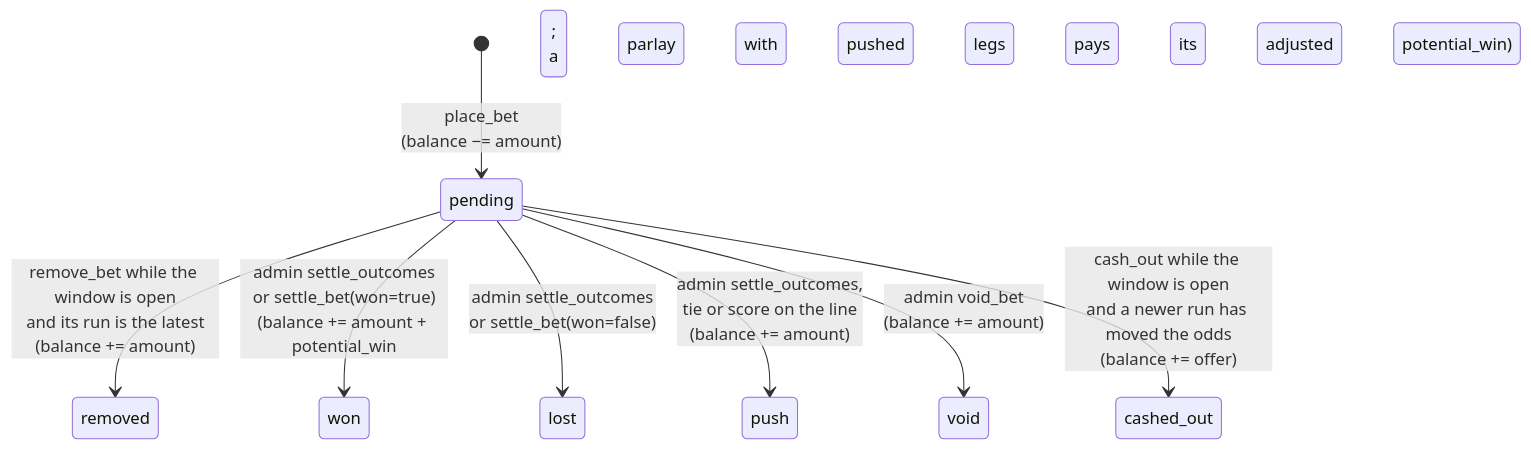
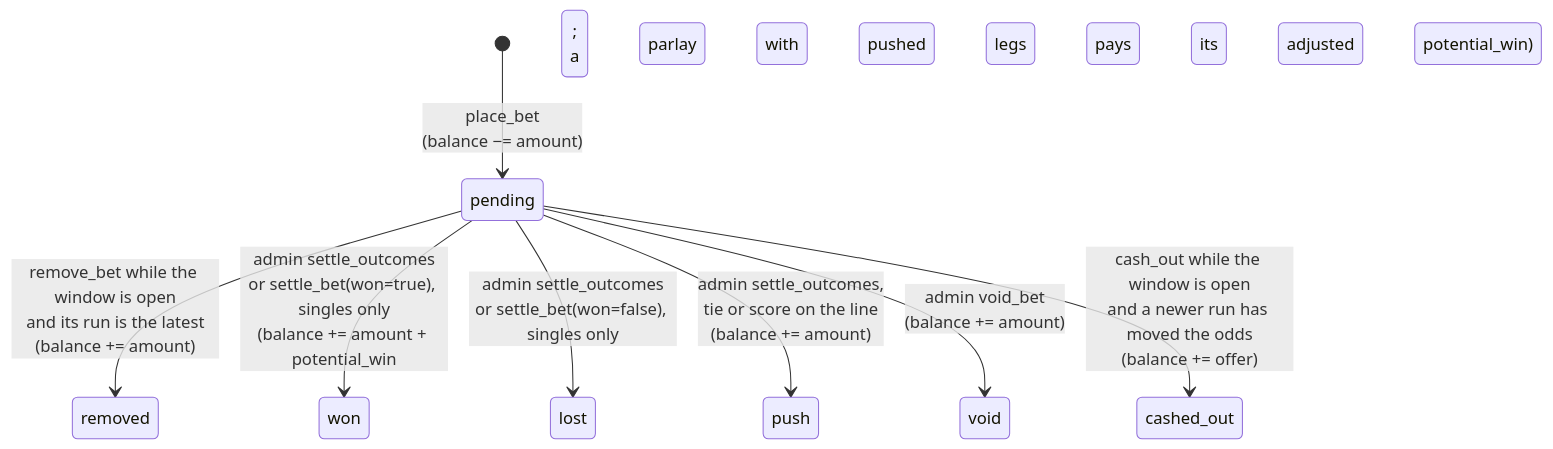
Before and after one commit to sfaizi24/TNCasino: the second of 3 diagrams in docs/architecture/06-betting-lifecycle.md, drawn with Mermaid. The commit also changed other lines of this file and 2 other files, not shown here.

````diff
--- a/docs/architecture/06-betting-lifecycle.md
+++ b/docs/architecture/06-betting-lifecycle.md
@@ -39,10 +39,10 @@
 ```mermaid
 stateDiagram-v2
     [*] --> pending: place_bet<br/>(balance −= amount)
     pending --> removed: remove_bet while the window is open<br/>and its run is the latest<br/>(balance += amount)
-    pending --> won: admin settle_outcomes<br/>or settle_bet(won=true)<br/>(balance += amount + potential_win;<br/>a parlay with pushed legs pays its adjusted potential_win)
-    pending --> lost: admin settle_outcomes<br/>or settle_bet(won=false)
+    pending --> won: admin settle_outcomes<br/>or settle_bet(won=true), singles only<br/>(balance += amount + potential_win;<br/>a parlay with pushed legs pays its adjusted potential_win)
+    pending --> lost: admin settle_outcomes<br/>or settle_bet(won=false), singles only
     pending --> push: admin settle_outcomes,<br/>tie or score on the line<br/>(balance += amount)
     pending --> void: admin void_bet<br/>(balance += amount)
     pending --> cashed_out: cash_out while the window is open<br/>and a newer run has moved the odds<br/>(balance += offer)
 ```
````
